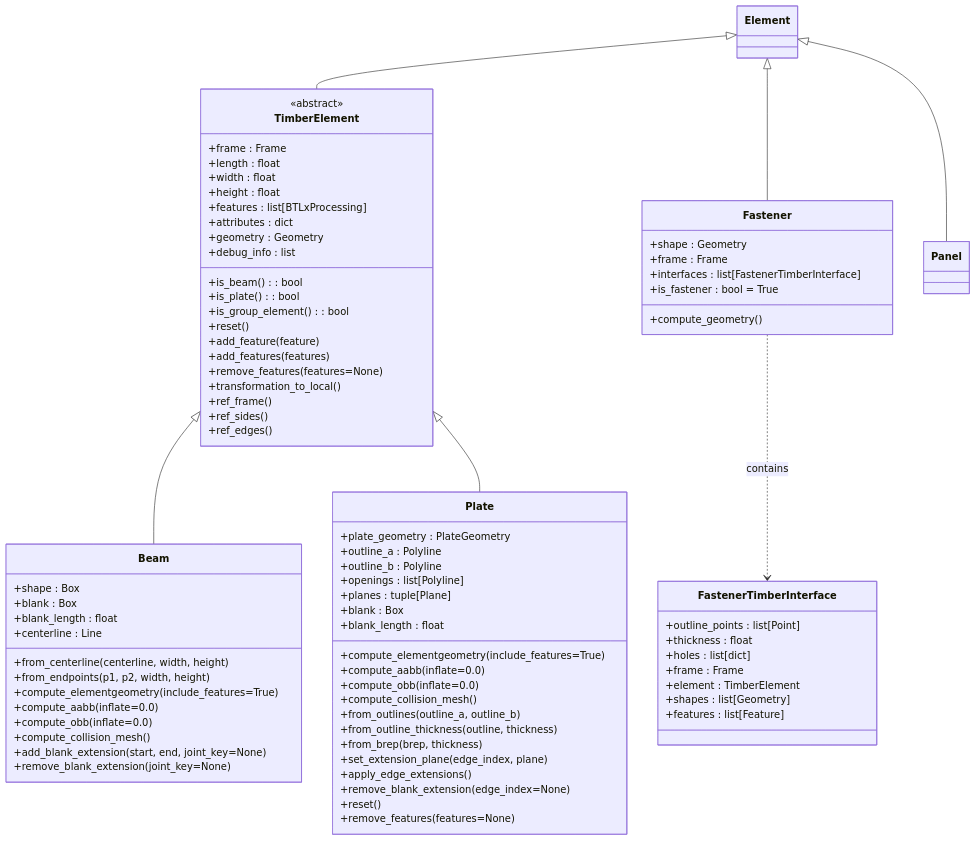
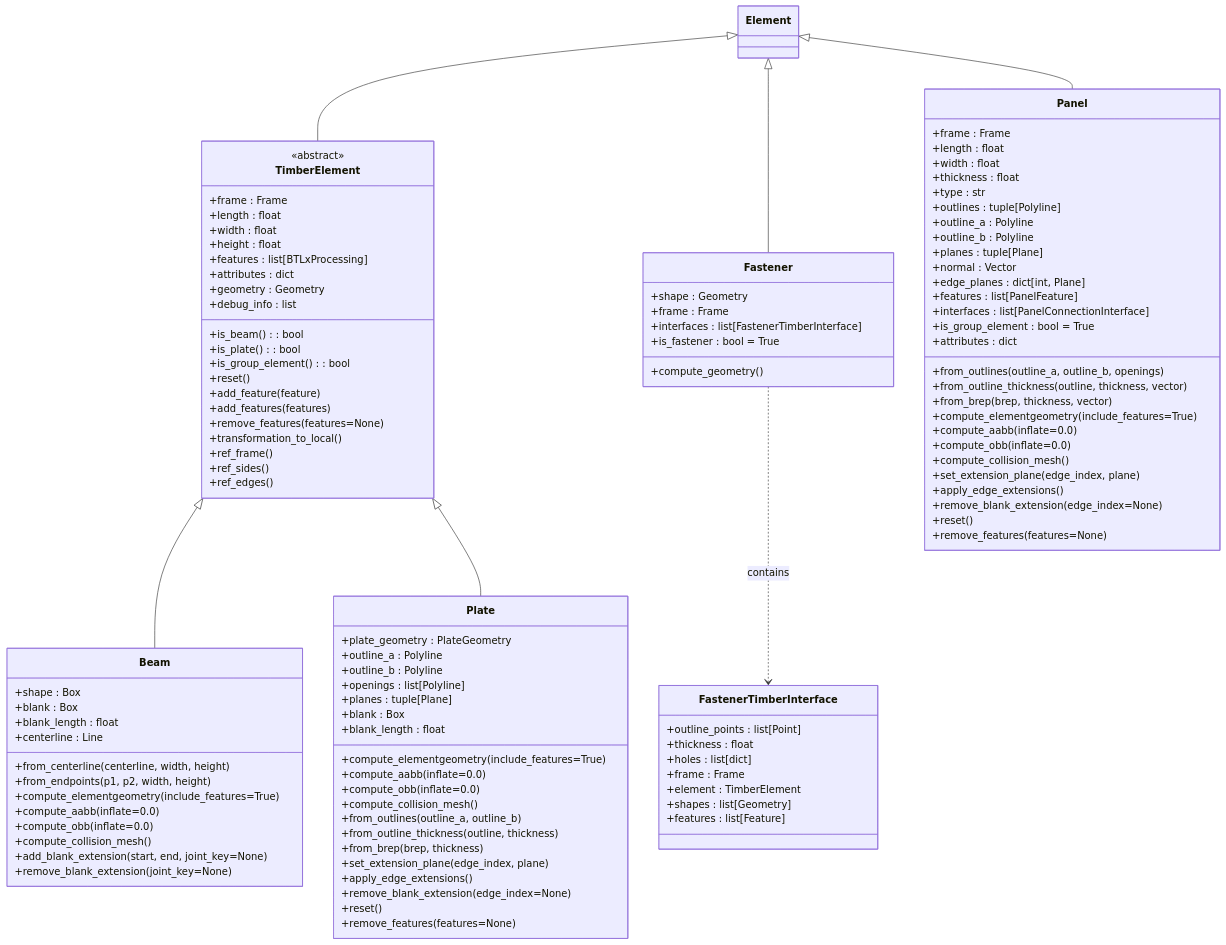
Before and after one commit to gramaziokohler/compas_timber: the first of 4 diagrams in docs/contribution/class_diagrams.md, drawn with Mermaid.

Commit message:
reintroduced Panel in the class diagram

```diff
--- a/docs/contribution/class_diagrams.md
+++ b/docs/contribution/class_diagrams.md
@@ -91,6 +91,36 @@
          +features : list[Feature]
       }
 
+      class Panel {
+         +frame : Frame
+         +length : float
+         +width : float
+         +thickness : float
+         +type : str
+         +outlines : tuple[Polyline]
+         +outline_a : Polyline
+         +outline_b : Polyline
+         +planes : tuple[Plane]
+         +normal : Vector
+         +edge_planes : dict[int, Plane]
+         +features : list[PanelFeature]
+         +interfaces : list[PanelConnectionInterface]
+         +is_group_element : bool = True
+         +attributes : dict
+         +from_outlines(outline_a, outline_b, openings)
+         +from_outline_thickness(outline, thickness, vector)
+         +from_brep(brep, thickness, vector)
+         +compute_elementgeometry(include_features=True)
+         +compute_aabb(inflate=0.0)
+         +compute_obb(inflate=0.0)
+         +compute_collision_mesh()
+         +set_extension_plane(edge_index, plane)
+         +apply_edge_extensions()
+         +remove_blank_extension(edge_index=None)
+         +reset()
+         +remove_features(features=None)
+      }
+
       %% Inheritance relationships
       Element <|-- TimberElement
       TimberElement <|-- Beam
```
